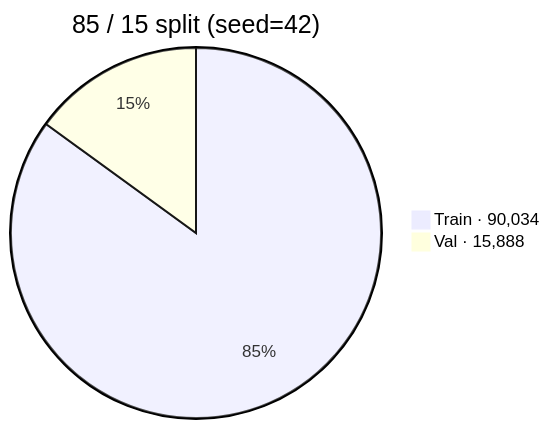
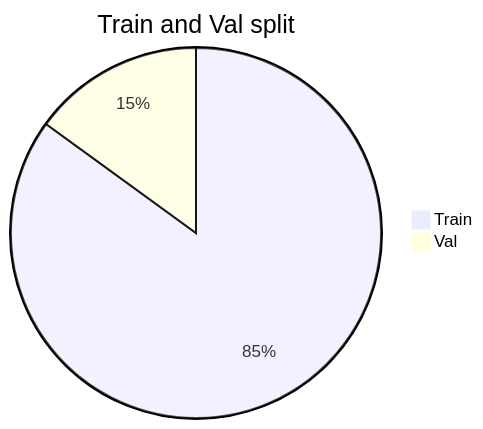
Before and after one commit to Izzatullokh24/YOLOv5_RKNN_MultiThreading: the fourth of 4 diagrams in README.md, drawn with Mermaid. The commit also changed other lines of this file, not shown here.

````diff
--- a/README.md
+++ b/README.md
@@ -162,5 +154,5 @@
 ```mermaid
-pie title 85 / 15 split (seed=42)
-    "Train · 90,034" : 90034
-    "Val · 15,888"   : 15888
+pie title Train and Val split
+    "Train" : 90034
+    "Val" : 15888
 ```
````
